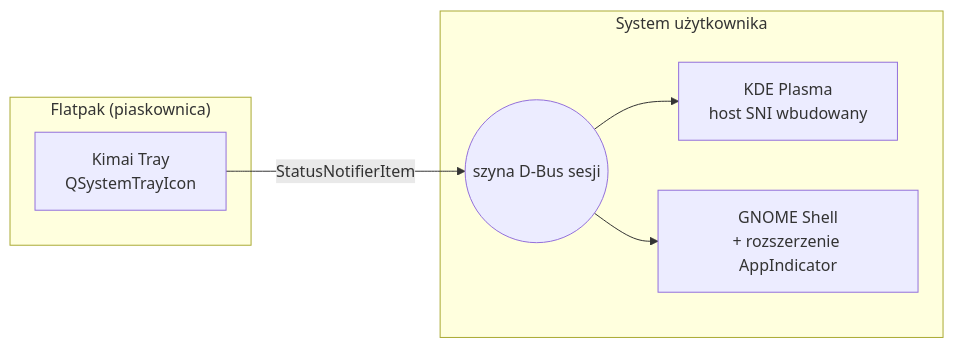
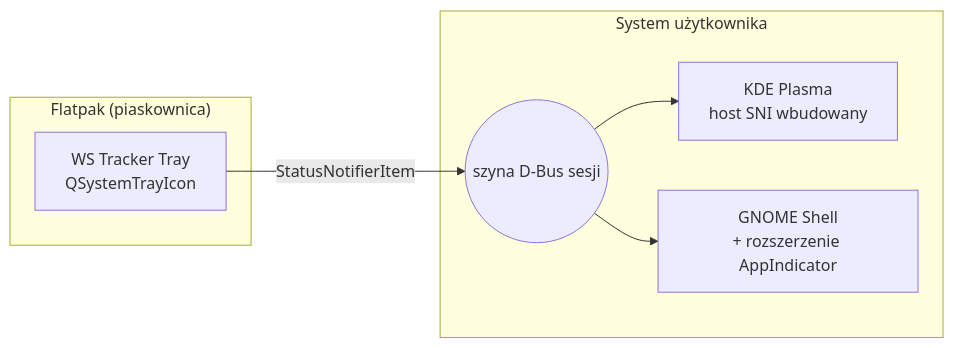
One commit to DragonKing026/DK-Tracker-Linux changed the first of 2 diagrams in docs/integracje/gnome-appindicator.md. Above: the diagram before and after it, drawn with Mermaid. The commit also changed 66 other files, not shown here.

Commit message:
docs: nazwa WS Tracker Tray w dokumentacji, planie 4 i zadaniach

````diff
--- a/docs/integracje/gnome-appindicator.md
+++ b/docs/integracje/gnome-appindicator.md
@@ -50,14 +50,14 @@
 ```mermaid
 flowchart LR
     subgraph flatpak["Flatpak (piaskownica)"]
-        APP[Kimai Tray<br/>QSystemTrayIcon]
+        APP[WS Tracker Tray<br/>QSystemTrayIcon]
     end
     subgraph host["System użytkownika"]
         BUS((szyna D-Bus sesji))
         KDE[KDE Plasma<br/>host SNI wbudowany]
         GN[GNOME Shell<br/>+ rozszerzenie AppIndicator]
     end
     APP -- "StatusNotifierItem" --> BUS
     BUS --> KDE
     BUS --> GN
 ```
````
